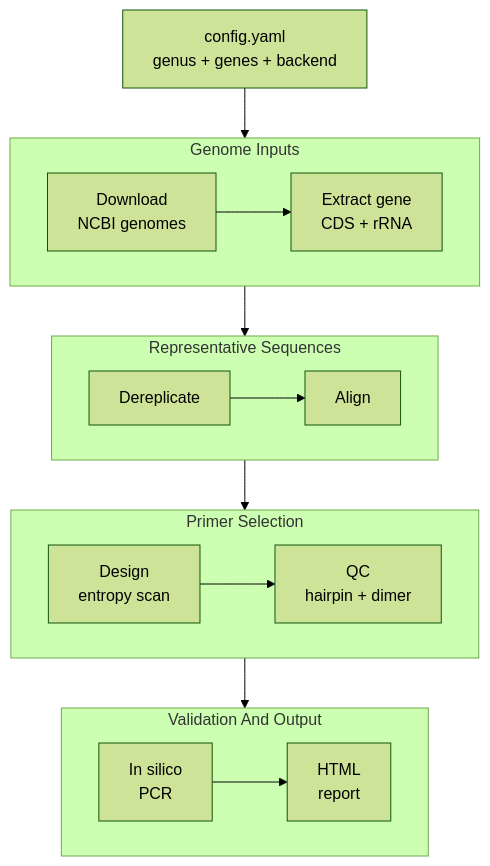
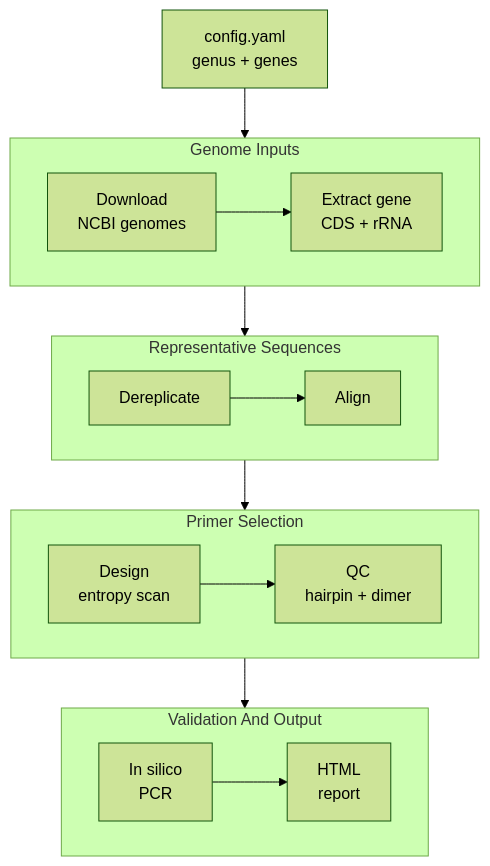
One commit to Xinming9606/AmPrime changed the diagram in README.md. Above: the diagram before and after it, drawn with Mermaid (forest theme). The commit also changed other lines of this file and 31 other files, not shown here.

````diff
--- a/README.md
+++ b/README.md
@@ -30,29 +29,29 @@
 ```mermaid
 flowchart TD
-    CFG[config.yaml<br/>genus + genes + backend]
+    CFG[config.yaml<br/>genus + genes]
 
     subgraph S1[Genome Inputs]
         direction LR
         A[Download<br/>NCBI genomes] --> B[Extract gene<br/>CDS + rRNA]
     end
 
     subgraph S2[Representative Sequences]
         direction LR
         C[Dereplicate] --> D[Align]
     end
 
     subgraph S3[Primer Selection]
         direction LR
         E[Design<br/>entropy scan] --> F[QC<br/>hairpin + dimer]
     end
 
     subgraph S4[Validation And Output]
         direction LR
         G[In silico<br/>PCR] --> H[HTML<br/>report]
     end
 
     CFG --> A
     B --> C
     D --> E
     F --> G
 ```
````
